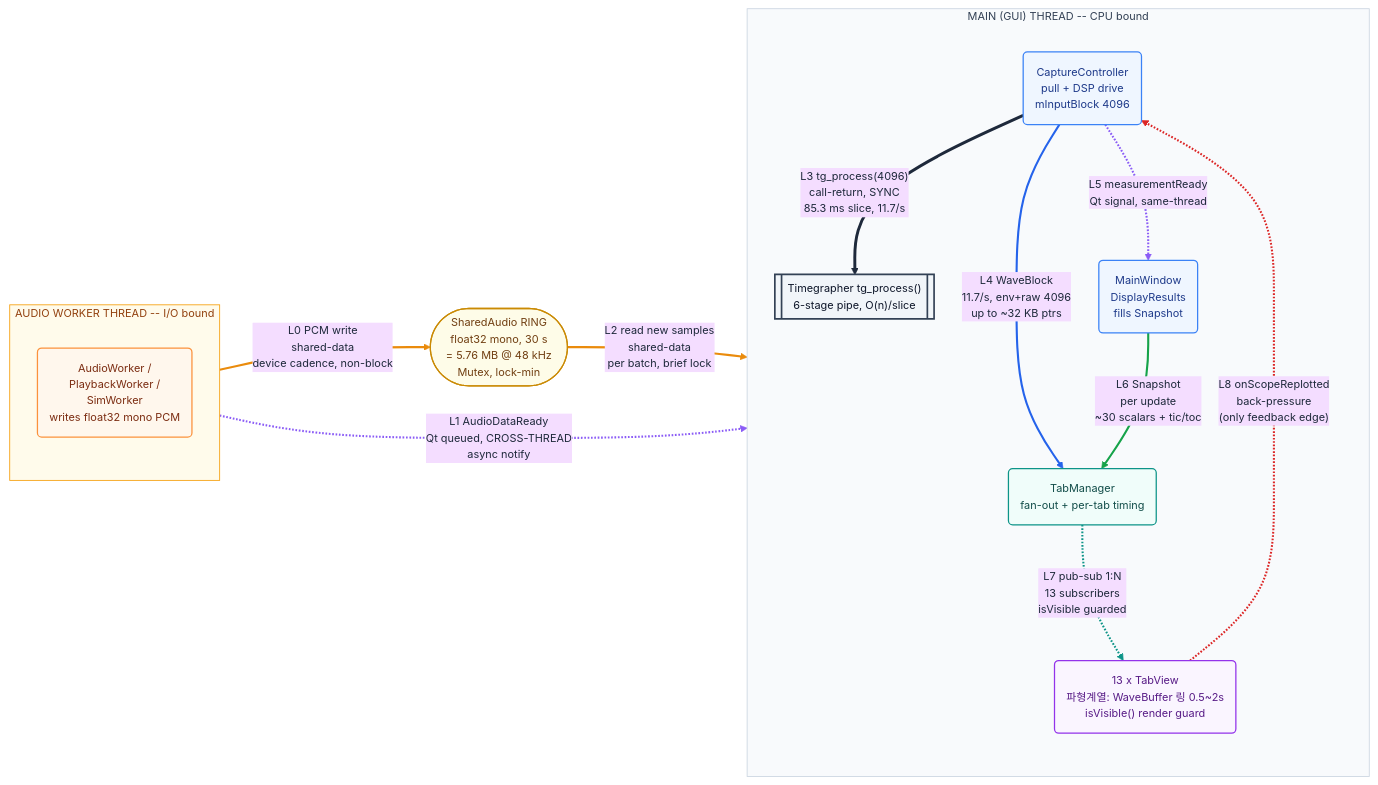
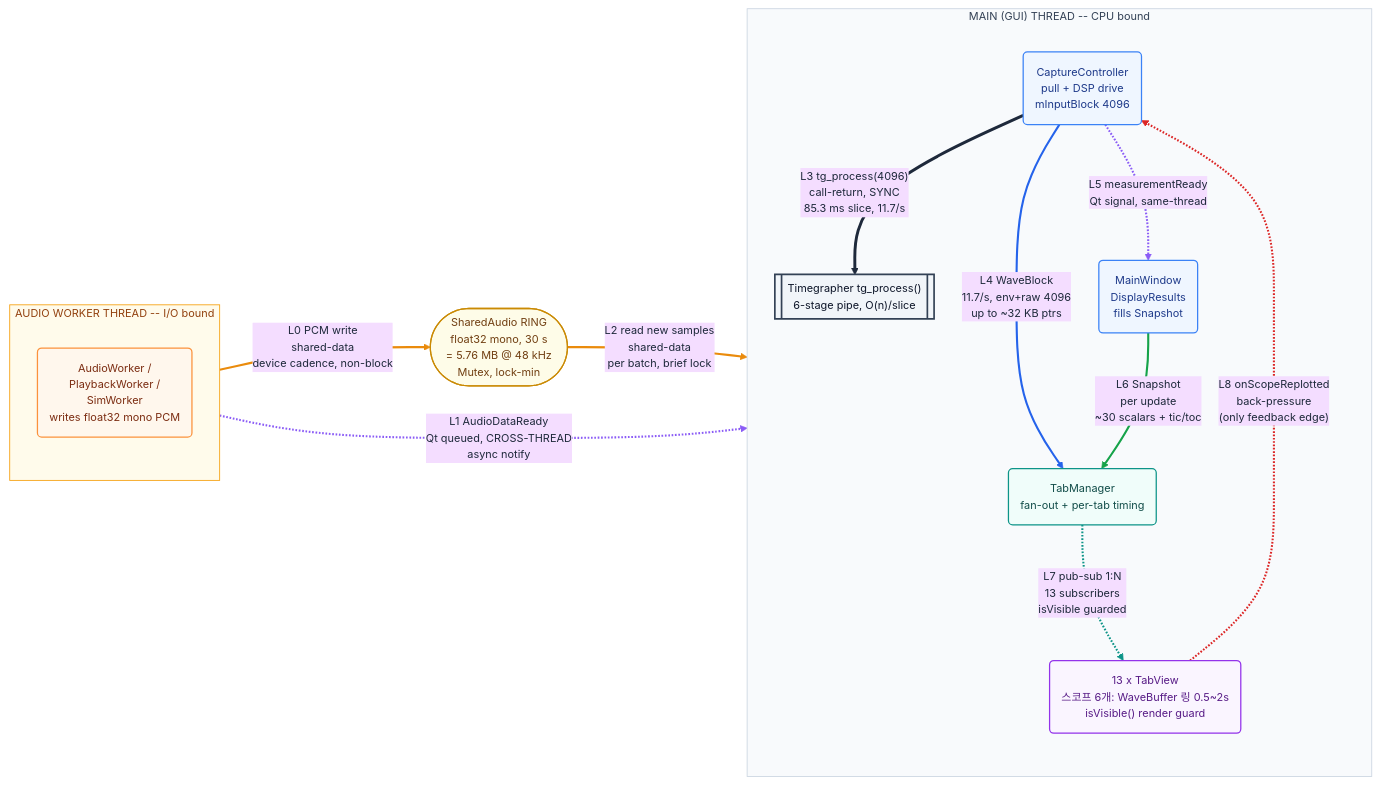
One commit to jaehong179/architect_cmu changed the first of 4 diagrams in documents/archive/CC_VIEW.md. Above: the diagram before and after it, drawn with Mermaid. The commit also changed other lines of this file and 2 other files, not shown here.

Commit message:
docs(archive): correct per-tab stream + WaveBuffer counts in C&C view
Verified from code: onWave reaches 9 tabs (8 both + 1 wave-only Spectrogram),
onMeasurement reaches 12 (8 both + 4 scalar-only). A per-tab WaveBuffer exists
only in the 6 scope tabs (Escapement, Filter, Waveform, SyncSweep, BeatNoise,
Spectrogram); Rate/Scope, SoundPrint, BeatError receive onWave but store via
plot/sound-image/events. Fixed the §5 diagram (streams as distinct edges, not a
blanket onWave/onMeasurement; arrows are calls, not buffers), the buffer table,
CC_VIEW figure 1 + catalog, and SIGNAL_FLOW §6 (Sound Print is BOTH, not wave-only).

````diff
--- a/documents/archive/CC_VIEW.md
+++ b/documents/archive/CC_VIEW.md
@@ -40,54 +40,54 @@
 ```mermaid
 %%{init: {'theme':'base','themeVariables':{'fontFamily':'Segoe UI, Helvetica, Arial, sans-serif','fontSize':'13px','lineColor':'#94a3b8','primaryTextColor':'#1e293b'},'flowchart':{'curve':'basis','nodeSpacing':46,'rankSpacing':78,'padding':14}}}%%
 flowchart LR
   subgraph WT["AUDIO WORKER THREAD  --  I/O bound"]
     direction TB
     AW("AudioWorker /<br/>PlaybackWorker /<br/>SimWorker<br/>writes float32 mono PCM")
   end
 
   RING(["SharedAudio RING<br/>float32 mono, 30 s<br/>= 5.76 MB @ 48 kHz<br/>Mutex, lock-min"])
 
   subgraph MT["MAIN (GUI) THREAD  --  CPU bound"]
     direction TB
     CC("CaptureController<br/>pull + DSP drive<br/>mInputBlock 4096")
     TG[["Timegrapher tg_process()<br/>6-stage pipe, O(n)/slice"]]
     MW("MainWindow<br/>DisplayResults<br/>fills Snapshot")
     TM("TabManager<br/>fan-out + per-tab timing")
-    TABS("13 x TabView<br/>파형계열: WaveBuffer 링 0.5~2s<br/>isVisible() render guard")
+    TABS("13 x TabView<br/>스코프 6개: WaveBuffer 링 0.5~2s<br/>isVisible() render guard")
   end
 
   AW -- "L0 PCM write<br/>shared-data<br/>device cadence, non-block" --> RING
   RING -- "L2 read new samples<br/>shared-data<br/>per batch, brief lock" --> CC
   AW -. "L1 AudioDataReady<br/>Qt queued, CROSS-THREAD<br/>async notify" .-> CC
   CC == "L3 tg_process(4096)<br/>call-return, SYNC<br/>85.3 ms slice, 11.7/s" ==> TG
   CC -- "L4 WaveBlock<br/>11.7/s, env+raw 4096<br/>up to ~32 KB ptrs" --> TM
   CC -. "L5 measurementReady<br/>Qt signal, same-thread" .-> MW
   MW -- "L6 Snapshot<br/>per update<br/>~30 scalars + tic/toc" --> TM
   TM -. "L7 pub-sub 1:N<br/>13 subscribers<br/>isVisible guarded" .-> TABS
   TABS -. "L8 onScopeReplotted<br/>back-pressure<br/>(only feedback edge)" .-> CC
 
   classDef worker fill:#fff7ed,stroke:#fb923c,stroke-width:1.5px,color:#7c2d12
   classDef shared fill:#fefce8,stroke:#ca8a04,stroke-width:1.5px,color:#713f12
   classDef ctrl fill:#eff6ff,stroke:#3b82f6,stroke-width:1.5px,color:#1e3a8a
   classDef dsp fill:#f1f5f9,stroke:#334155,stroke-width:2px,color:#0f172a
   classDef pub fill:#f0fdfa,stroke:#0d9488,stroke-width:1.5px,color:#134e4a
   classDef view fill:#faf5ff,stroke:#9333ea,stroke-width:1.5px,color:#581c87
 
   class AW worker
   class RING shared
   class CC,MW ctrl
   class TG dsp
   class TM pub
   class TABS view
 
   style WT fill:#fffbeb,stroke:#f59e0b,stroke-width:1px,color:#92400e
   style MT fill:#f8fafc,stroke:#cbd5e1,stroke-width:1px,color:#334155
 
   linkStyle 0,1 stroke:#ea8b0c,stroke-width:2.5px
   linkStyle 2,5 stroke:#8b5cf6,stroke-width:2.5px
   linkStyle 3 stroke:#1e293b,stroke-width:3.5px
   linkStyle 4 stroke:#2563eb,stroke-width:2.5px
   linkStyle 6 stroke:#16a34a,stroke-width:2.5px
   linkStyle 7 stroke:#0d9488,stroke-width:2.5px
   linkStyle 8 stroke:#dc2626,stroke-width:2.5px
 ```
````
